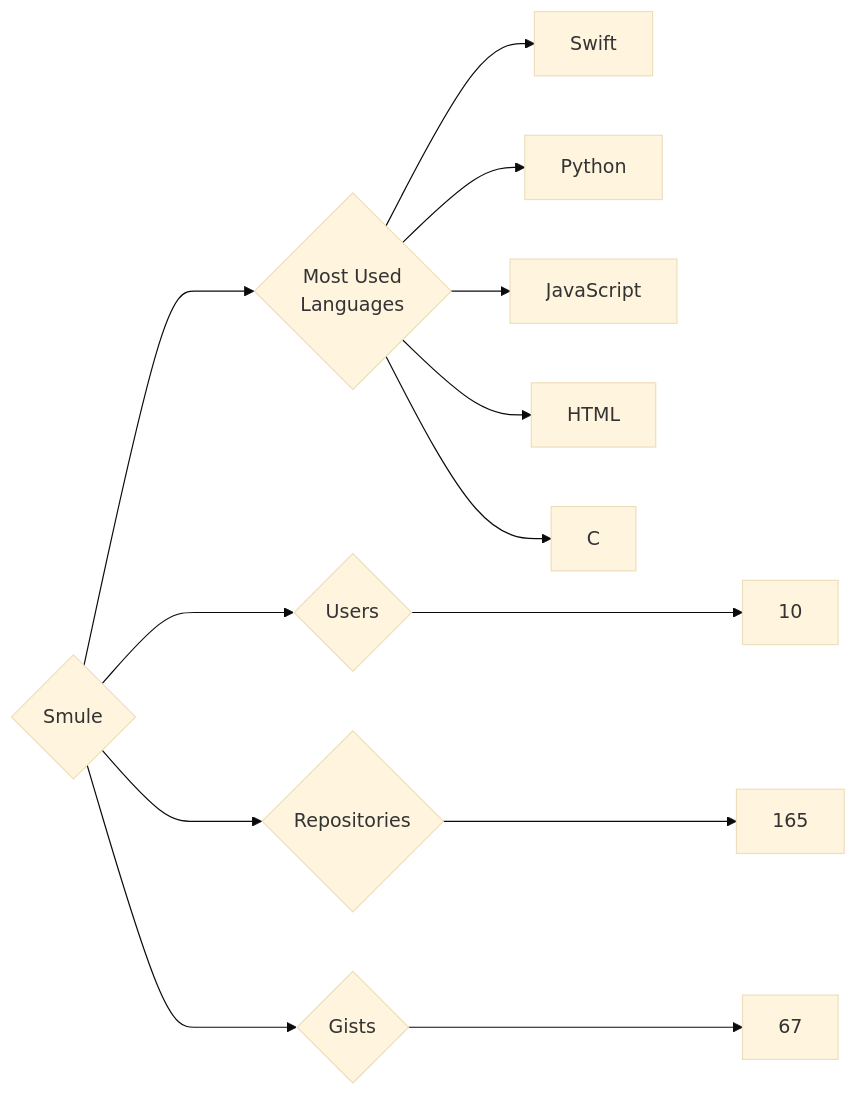
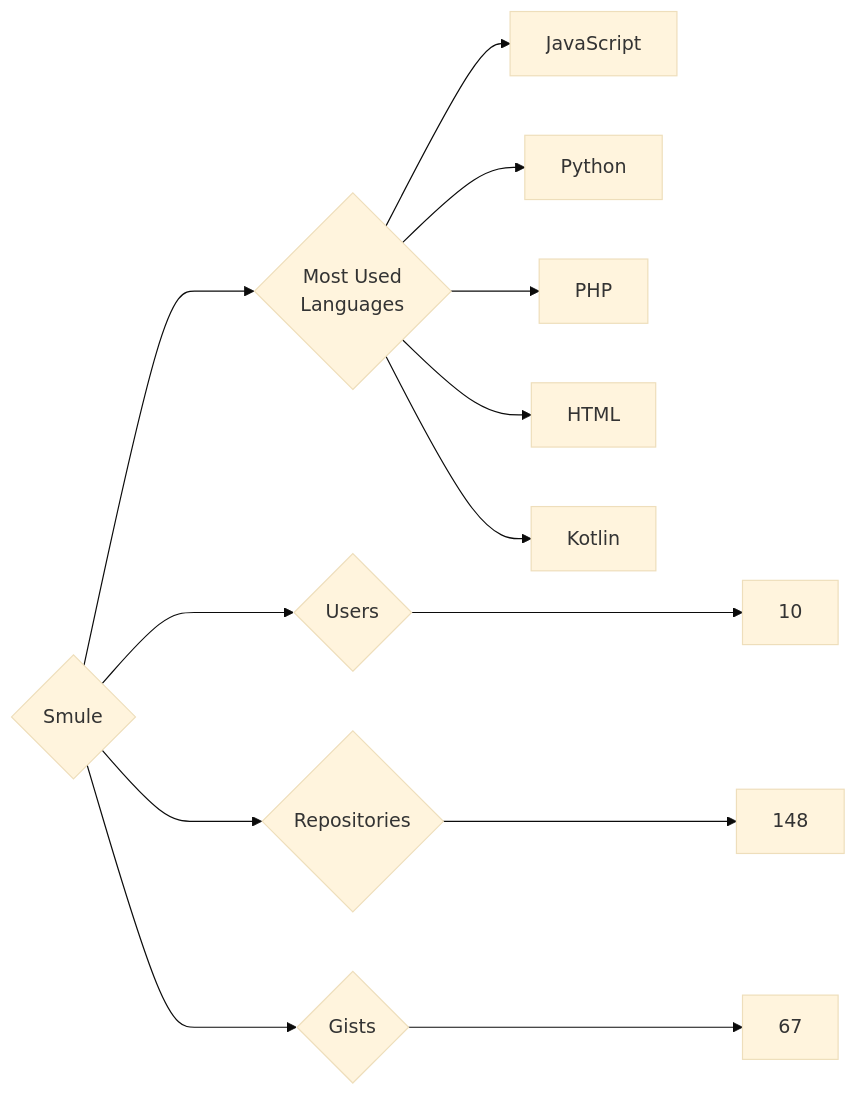
Before and after one commit to trickest/insiders: the diagram in targets/Smule/README.md, drawn with Mermaid (base theme). The commit also changed 928 other files, not shown here.

````diff
--- a/targets/Smule/README.md
+++ b/targets/Smule/README.md
@@ -3,13 +3,13 @@
 ```mermaid
 graph LR
 COMPANY_NAME{Smule}
 COMPANY_NAME ---> U{Users} ---> UN[10]
-COMPANY_NAME ---> R{Repositories} ---> RN[165]
+COMPANY_NAME ---> R{Repositories} ---> RN[148]
 COMPANY_NAME ---> G{Gists} ---> GN[67]
 COMPANY_NAME ---> ML{Most Used<br>Languages}
-ML --> Swift[Swift]
+ML --> JavaScript[JavaScript]
 ML --> Python[Python]
-ML --> JavaScript[JavaScript]
+ML --> PHP[PHP]
 ML --> HTML[HTML]
-ML --> C[C]
+ML --> Kotlin[Kotlin]
 ```
````
